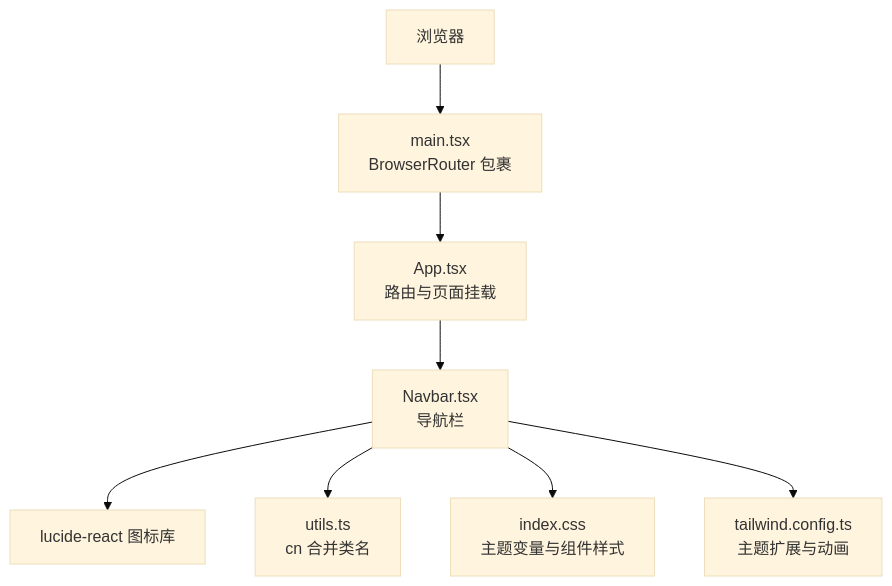
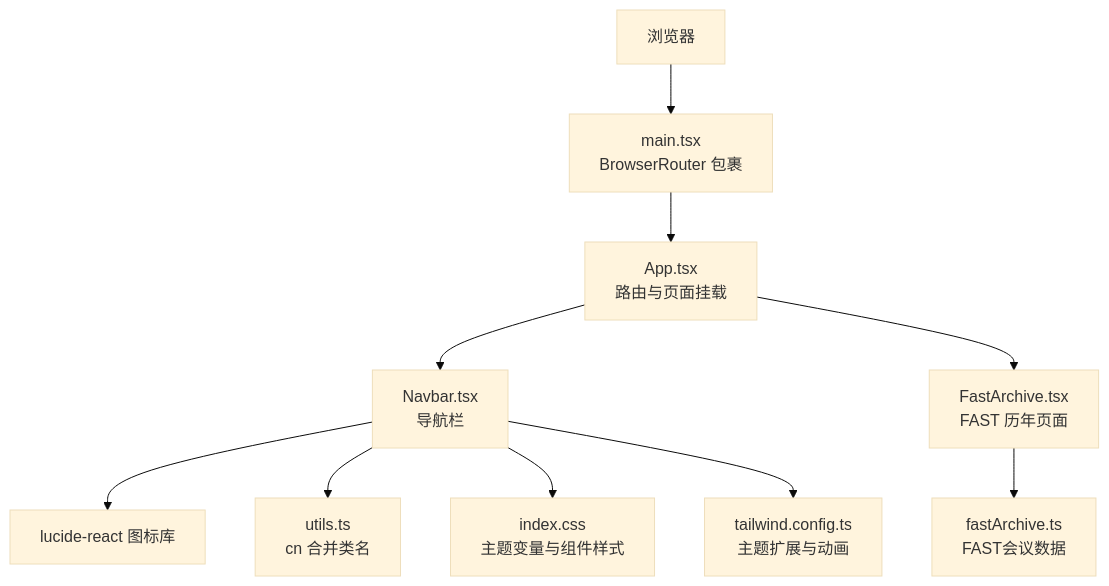
One commit to erikliu123/storage_ai_blog changed the first of 8 diagrams in .qoder/repowiki/zh/content/组件系统/导航组件.md. Above: the diagram before and after it, drawn with Mermaid (base theme). The commit also changed other lines of this file and 10 other files, not shown here.

Commit message:
fix: Add missing FAST 2023 learned-index, cloud-block, nvme-queue architecture diagrams

````diff
--- a/.qoder/repowiki/zh/content/组件系统/导航组件.md
+++ b/.qoder/repowiki/zh/content/组件系统/导航组件.md
@@ -33,10 +44,12 @@
 ```mermaid
 graph TB
 Browser["浏览器"] --> Main["main.tsx<br/>BrowserRouter 包裹"]
 Main --> App["App.tsx<br/>路由与页面挂载"]
 App --> Navbar["Navbar.tsx<br/>导航栏"]
+App --> FastArchive["FastArchive.tsx<br/>FAST 历年页面"]
 Navbar --> Icons["lucide-react 图标库"]
 Navbar --> Utils["utils.ts<br/>cn 合并类名"]
 Navbar --> Styles["index.css<br/>主题变量与组件样式"]
 Navbar --> Tailwind["tailwind.config.ts<br/>主题扩展与动画"]
+FastArchive --> Data["fastArchive.ts<br/>FAST会议数据"]
 ```
````
